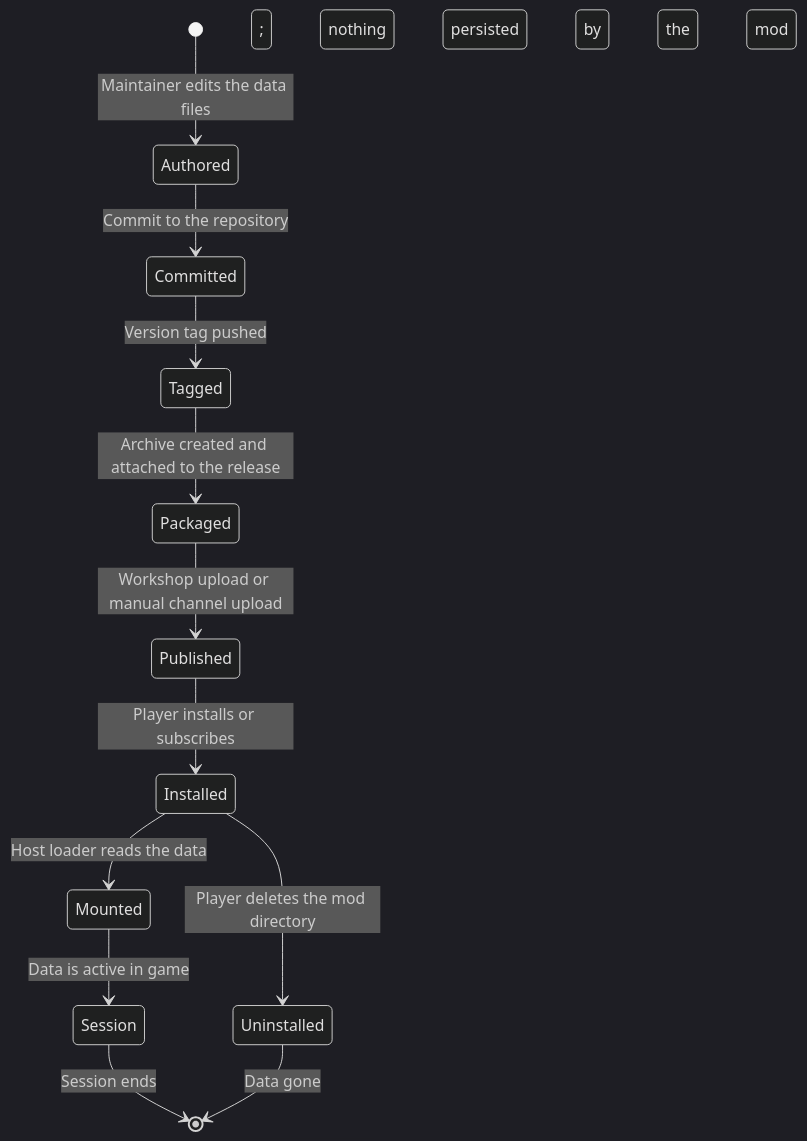
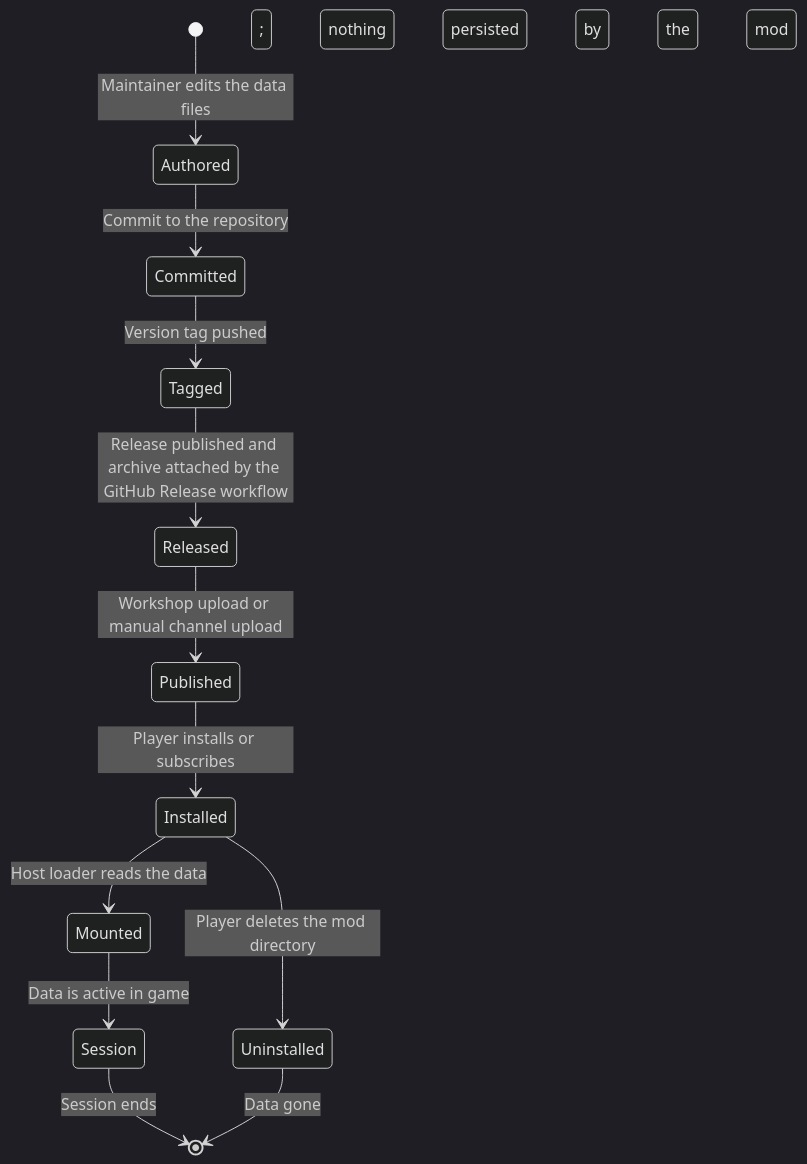
The diagram in docs/state-and-persistence.md (hmlendea/imperator-dracones-invictus), drawn with Mermaid (dark theme) before and after one commit. The commit also changed 23 other files, not shown here.

Commit message:
ci: Created the GitHub Release workflow

````diff
--- a/docs/state-and-persistence.md
+++ b/docs/state-and-persistence.md
@@ -28,14 +28,14 @@
 ```mermaid
 stateDiagram-v2
     [*] --> Authored: Maintainer edits the data files
     Authored --> Committed: Commit to the repository
     Committed --> Tagged: Version tag pushed
-    Tagged --> Packaged: Archive created and attached to the release
-    Packaged --> Published: Workshop upload or manual channel upload
+    Tagged --> Released: Release published and archive attached by the GitHub Release workflow
+    Released --> Published: Workshop upload or manual channel upload
     Published --> Installed: Player installs or subscribes
     Installed --> Mounted: Host loader reads the data
     Mounted --> Session: Data is active in game
     Session --> [*]: Session ends; nothing persisted by the mod
     Installed --> Uninstalled: Player deletes the mod directory
     Uninstalled --> [*]: Data gone
 ```
````
